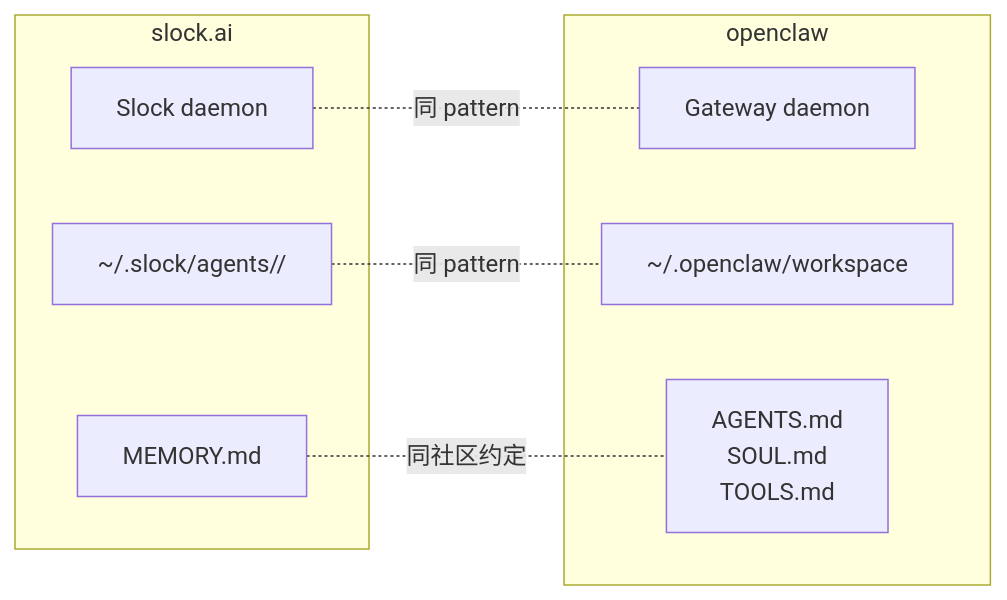
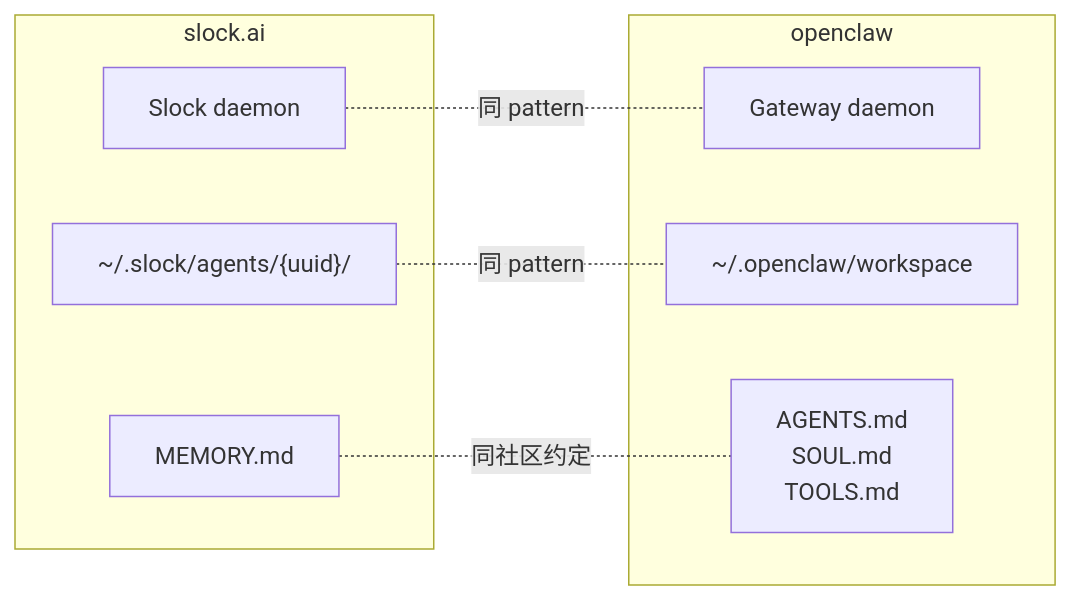
One commit to TCoherence/TCoherence.github.io changed the second of 5 diagrams in source/_posts/slock-ai-chat-as-substrate.md. Above: the diagram before and after it, drawn with Mermaid. The commit also changed other lines of this file, not shown here.

Commit message:
fix(blog): mermaid 11.14 broke again — escape <uuid> + bump theme
Two parts to this fix:

1. slock-ai-chat-as-substrate.md: replace <uuid> with {uuid} inside
   the two mermaid graphs that referenced ~/.slock/agents/<uuid>/.
   hexo-filter-mermaid-diagrams drops the diagram source straight
   into <pre class="mermaid">…</pre> without escaping, so the browser
   parses <uuid> as a real (unknown) HTML element. Mermaid then reads
   a corrupted text content and throws "Syntax error in text". Plain
   prose / inline-code uses of <uuid> are left alone — those render
   inside <code>, not the mermaid pre.

2. theme submodule bump (923dcd3 → 539d92c): pin mermaid CDN to
   11.4.1 and call mermaid.run() after initialize so the dark theme
   actually applies. See submodule commit for full rationale.

````diff
--- a/source/_posts/slock-ai-chat-as-substrate.md
+++ b/source/_posts/slock-ai-chat-as-substrate.md
@@ -144,16 +144,16 @@
 ```mermaid
 graph LR
  subgraph slock["slock.ai"]
  S1[Slock daemon]
- S2["~/.slock/agents/<uuid>/"]
+ S2["~/.slock/agents/{uuid}/"]
  S3["MEMORY.md"]
  end
  subgraph openclaw["openclaw"]
  O1[Gateway daemon]
  O2["~/.openclaw/workspace"]
  O3["AGENTS.md<br/>SOUL.md<br/>TOOLS.md"]
  end
  S1 -.同 pattern.- O1
  S2 -.同 pattern.- O2
  S3 -.同社区约定.- O3
 ```
````
